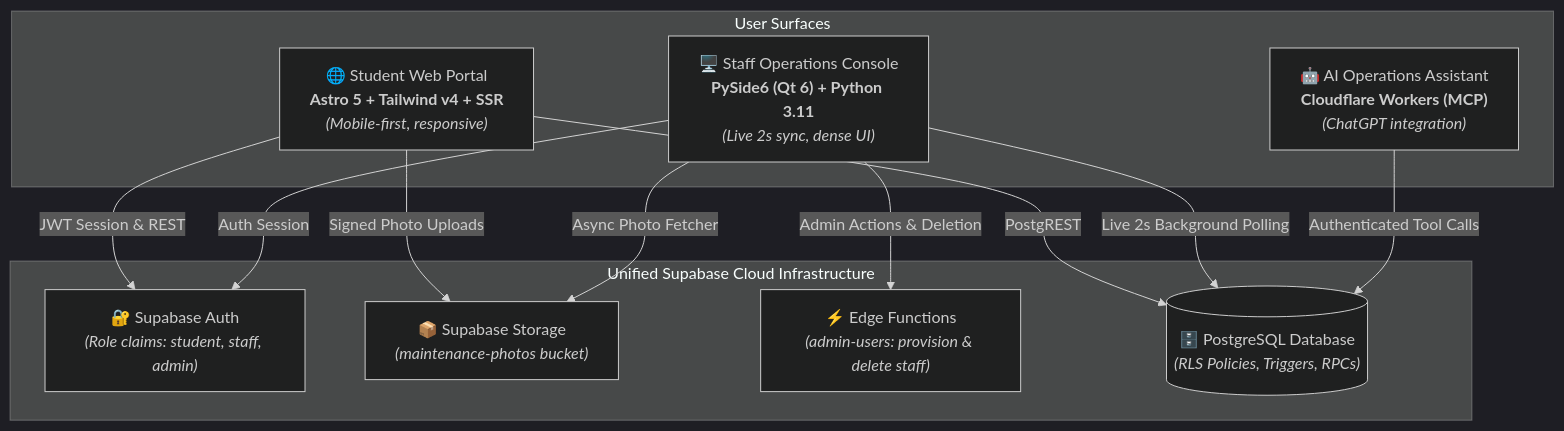
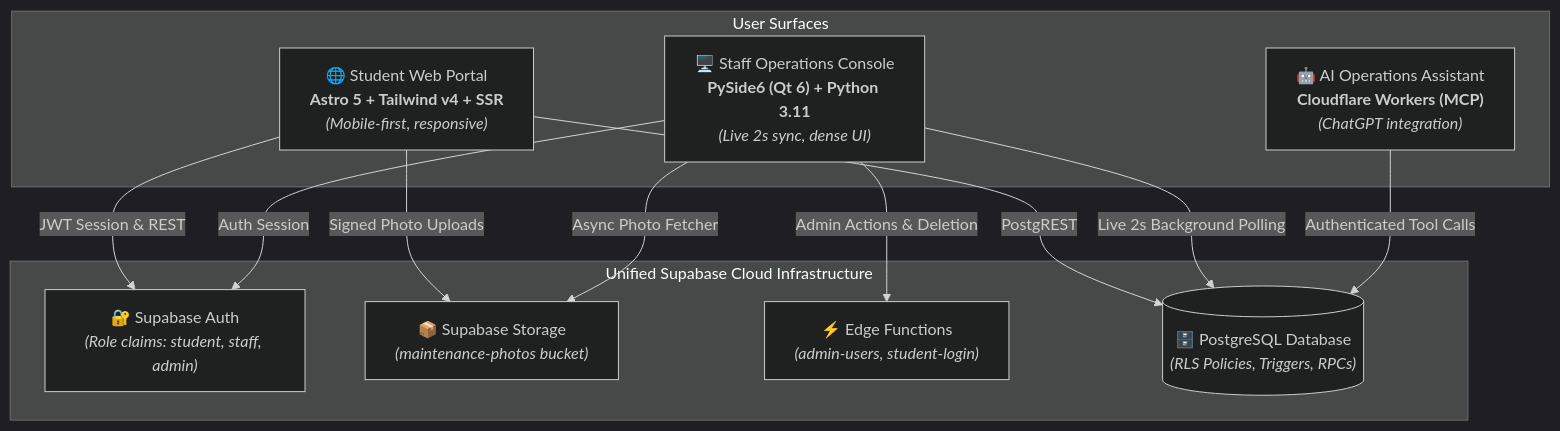
One commit to anesdevv/residence-management-system changed the first of 2 diagrams in docs/PRD.md. Above: the diagram before and after it, drawn with Mermaid (dark theme). The commit also changed other lines of this file and 12 other files, not shown here.

````diff
--- a/docs/PRD.md
+++ b/docs/PRD.md
@@ -44,26 +44,26 @@
 ```mermaid
 flowchart TB
     subgraph Clients["User Surfaces"]
         Web["🌐 Student Web Portal<br/><b>Astro 5 + Tailwind v4 + SSR</b><br/><i>(Mobile-first, responsive)</i>"]
         Desktop["🖥️ Staff Operations Console<br/><b>PySide6 (Qt 6) + Python 3.11</b><br/><i>(Live 2s sync, dense UI)</i>"]
         MCP["🤖 AI Operations Assistant<br/><b>Cloudflare Workers (MCP)</b><br/><i>(ChatGPT integration)</i>"]
     end
 
     subgraph Backend["Unified Supabase Cloud Infrastructure"]
         Auth["🔐 Supabase Auth<br/><i>(Role claims: student, staff, admin)</i>"]
         Storage["📦 Supabase Storage<br/><i>(maintenance-photos bucket)</i>"]
-        Edge["⚡ Edge Functions<br/><i>(admin-users: provision & delete staff)</i>"]
+        Edge["⚡ Edge Functions<br/><i>(admin-users, student-login)</i>"]
         DB[("🗄️ PostgreSQL Database<br/><i>(RLS Policies, Triggers, RPCs)</i>")]
     end
 
     Web -->|JWT Session & REST| Auth
     Web -->|Signed Photo Uploads| Storage
     Web -->|PostgREST| DB
 
     Desktop -->|Live 2s Background Polling| DB
     Desktop -->|Async Photo Fetcher| Storage
     Desktop -->|Admin Actions & Deletion| Edge
     Desktop -->|Auth Session| Auth
 
     MCP -->|Authenticated Tool Calls| DB
 ```
````
